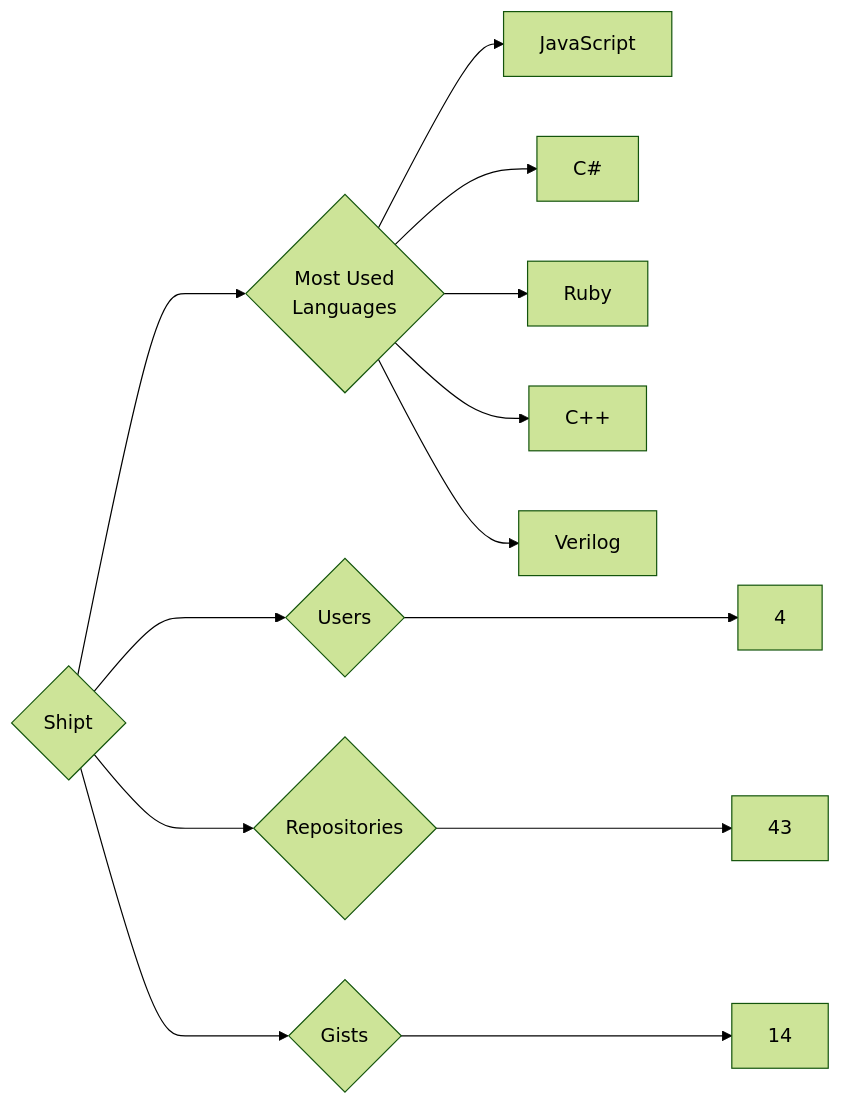
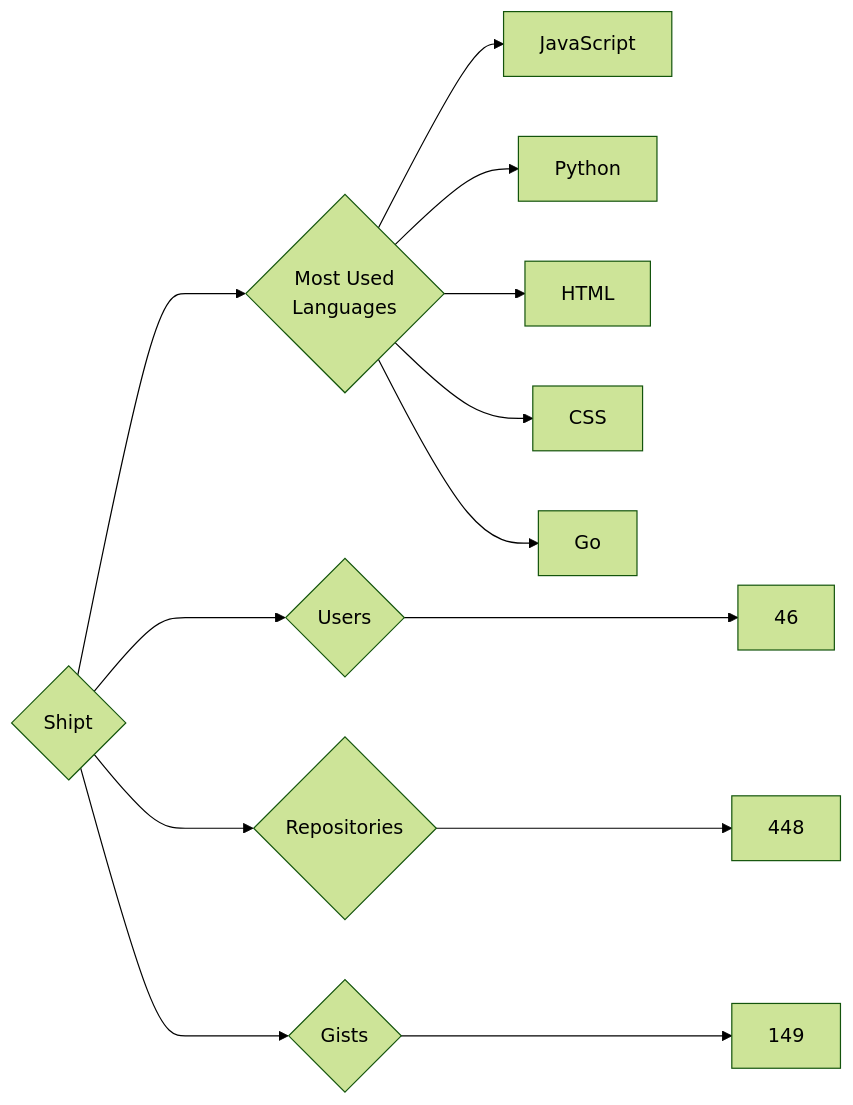
The diagram in targets/Shipt/README.md (trickest/insiders), drawn with Mermaid (forest theme) before and after one commit. The commit also changed 833 other files, not shown here.

````diff
--- a/targets/Shipt/README.md
+++ b/targets/Shipt/README.md
@@ -3,13 +3,13 @@
 ```mermaid
 graph LR
 COMPANY_NAME{Shipt}
-COMPANY_NAME ---> U{Users} ---> UN[4]
-COMPANY_NAME ---> R{Repositories} ---> RN[43]
-COMPANY_NAME ---> G{Gists} ---> GN[14]
+COMPANY_NAME ---> U{Users} ---> UN[46]
+COMPANY_NAME ---> R{Repositories} ---> RN[448]
+COMPANY_NAME ---> G{Gists} ---> GN[149]
 COMPANY_NAME ---> ML{Most Used<br>Languages}
 ML --> JavaScript[JavaScript]
-ML --> C#[C#]
-ML --> Ruby[Ruby]
-ML --> C++[C++]
-ML --> Verilog[Verilog]
+ML --> Python[Python]
+ML --> HTML[HTML]
+ML --> CSS[CSS]
+ML --> Go[Go]
 ```
````
